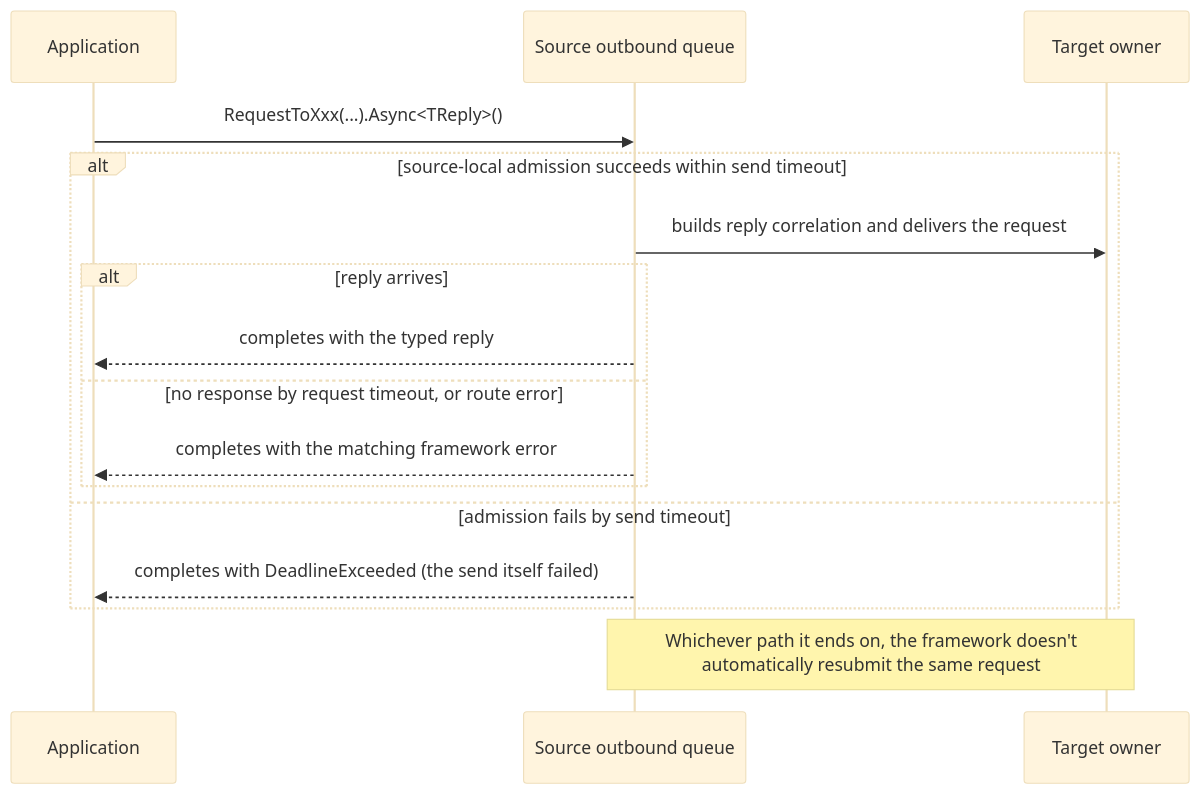
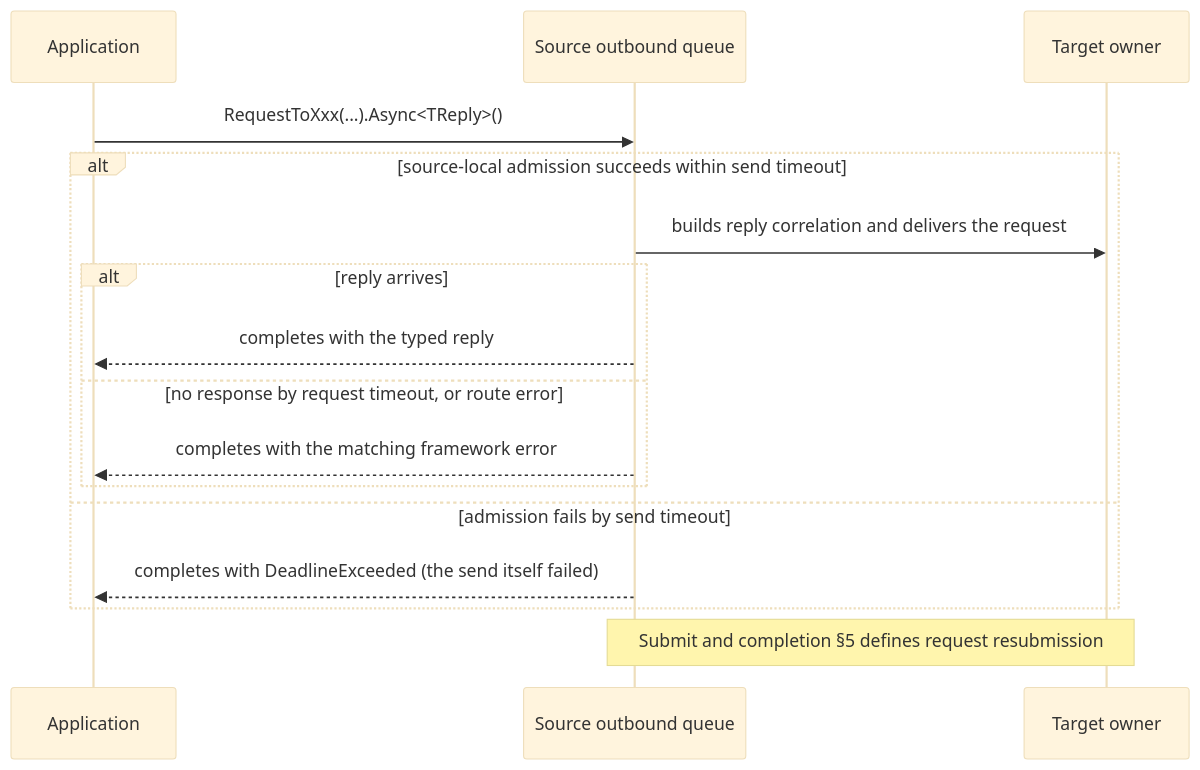
Before and after one commit to zlink-systems/zlink: the third of 4 diagrams in framework/doc/framework/common/spec/server/00-foundation/04-interaction-model.en.md, drawn with Mermaid (base theme). The commit also changed other lines of this file and 51 other files, not shown here.

````diff
--- a/framework/doc/framework/common/spec/server/00-foundation/04-interaction-model.en.md
+++ b/framework/doc/framework/common/spec/server/00-foundation/04-interaction-model.en.md
@@ -205,19 +195,19 @@
 ```mermaid
 sequenceDiagram
     participant App as Application
     participant Src as Source outbound queue
     participant Tgt as Target owner
 
     App->>Src: RequestToXxx(...).Async<TReply>()
     alt source-local admission succeeds within send timeout
         Src->>Tgt: builds reply correlation and delivers the request
         alt reply arrives
             Src-->>App: completes with the typed reply
         else no response by request timeout, or route error
             Src-->>App: completes with the matching framework error
         end
     else admission fails by send timeout
         Src-->>App: completes with DeadlineExceeded (the send itself failed)
     end
-    Note over Src,Tgt: Whichever path it ends on, the framework doesn't<br/>automatically resubmit the same request
+    Note over Src,Tgt: Submit and completion §5 defines request resubmission
 ```
````
